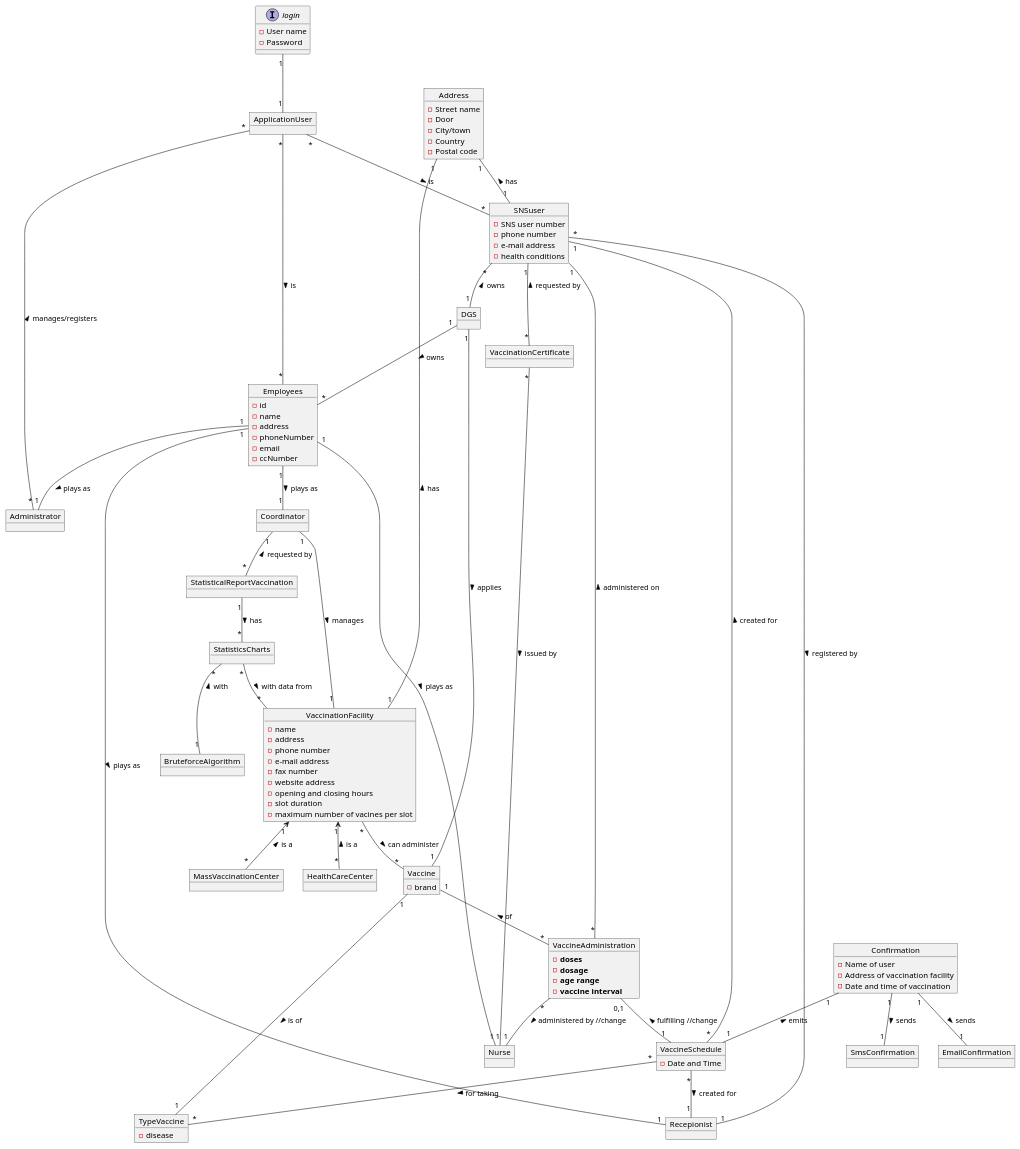
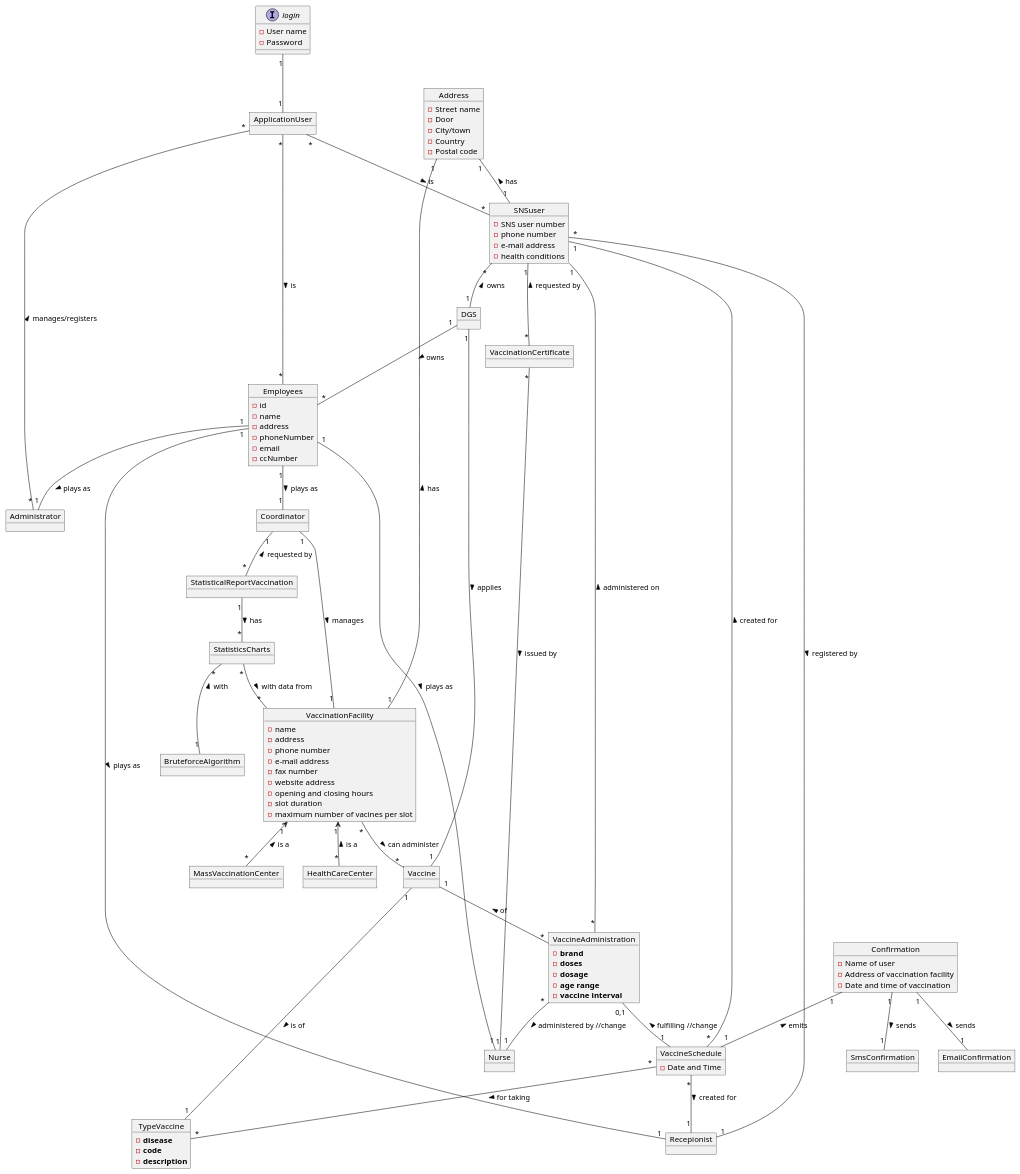
The diagram in docs/SprintB/DM.puml (osnilas/SNSsystem), drawn with PlantUML before and after one commit. The commit also changed 14 other files, not shown here.

```diff
--- a/docs/SprintB/DM.puml
+++ b/docs/SprintB/DM.puml
@@ -1,115 +1,115 @@
 @startuml
 'https://plantuml.com/object-diagram
 
 interface login{
 -User name
 -Password
 }
 object SNSuser{
 -SNS user number
 -phone number
 -e-mail address
 -health conditions
 }
 object DGS
 object Administrator
 object Coordinator
 object Nurse
 object Recepionist
 object VaccinationFacility{
 -name
 -address
 -phone number
 -e-mail address
 -fax number
 -website address
 -opening and closing hours
 -slot duration
 -maximum number of vacines per slot
 }
 object StatisticalReportVaccination
 object MassVaccinationCenter
 object HealthCareCenter
 object TypeVaccine{
--disease
+-**disease**
+-**code**
+-**description**
 }
 
-object Vaccine{
--brand
-
-}
+object Vaccine
 
 object VaccineSchedule{
 -Date and Time
 }
 object VaccinationCertificate
 object VaccineAdministration {
+-**brand**
 -**doses**
 -**dosage**
 -**age range**
 -**vaccine interval**
 }
 object Confirmation{
 -Name of user
 -Address of vaccination facility
 -Date and time of vaccination
 }
 object SmsConfirmation
 object EmailConfirmation
 object Employees{
 -id
 -name
 -address
 -phoneNumber
 -email
 -ccNumber
 }
 object StatisticsCharts
 object BruteforceAlgorithm
 object ApplicationUser
 object Address{
 -Street name
 -Door
 -City/town
 -Country
 -Postal code
 }
 
 ApplicationUser"*" -- "*"Employees: > is
 ApplicationUser"*" -- "*"SNSuser: > is
 Administrator"*" -- "*" ApplicationUser: > manages/registers
 login"1"--"1"ApplicationUser
 SNSuser"*"--"1" DGS : < owns
 DGS"1" -- "*"Employees : > owns
 DGS "1"--"1" Vaccine : > applies
 Employees"1"--"1" Recepionist: > plays as
 Employees"1"--"1" Nurse: > plays as
 Employees"1"--"1" Coordinator: > plays as
 Employees"1"--"1" Administrator: > plays as
 Address"1"--"1" VaccinationFacility: < has
 Address"1"--"1" SNSuser: < has
 SNSuser "1"--"*" VaccinationCertificate: < requested by
 Coordinator"1" --"1" VaccinationFacility: > manages
 VaccinationFacility"1"<--"*" MassVaccinationCenter: < is a
 
 VaccinationFacility"1"<--"*" HealthCareCenter: < is a
 Coordinator"1" -- "*"StatisticalReportVaccination: < requested by
 StatisticalReportVaccination"1" -- "*"StatisticsCharts: > has
 StatisticsCharts"*" -- "1"BruteforceAlgorithm: < with
 StatisticsCharts"*" -- "*"VaccinationFacility: > with data from
 VaccinationFacility "*"--"*" Vaccine: > can administer
 VaccineSchedule"*" -- "1"SNSuser: > created for
 VaccineSchedule"*" -- "1"Recepionist: > created for
 VaccineAdministration"*" -- "1"Nurse: > administered by //change
 Vaccine"1" -- "*"VaccineAdministration: < of
 Recepionist"1" -- "*"SNSuser: < registered by
 VaccineAdministration"*" -- "1"SNSuser: > administered on
 VaccineAdministration"0,1" -- "1"VaccineSchedule: < fulfilling //change
 VaccinationCertificate"*" -- "1"Nurse: > issued by
 Confirmation"1" -- "1"VaccineSchedule: < emits
 Confirmation"1" -- "1"SmsConfirmation:> sends
 Confirmation "1"--"1" EmailConfirmation: > sends
 VaccineSchedule"*" -- "*"TypeVaccine:> for taking
 Vaccine"1" --"1" TypeVaccine:> is of
 
 @enduml
```
